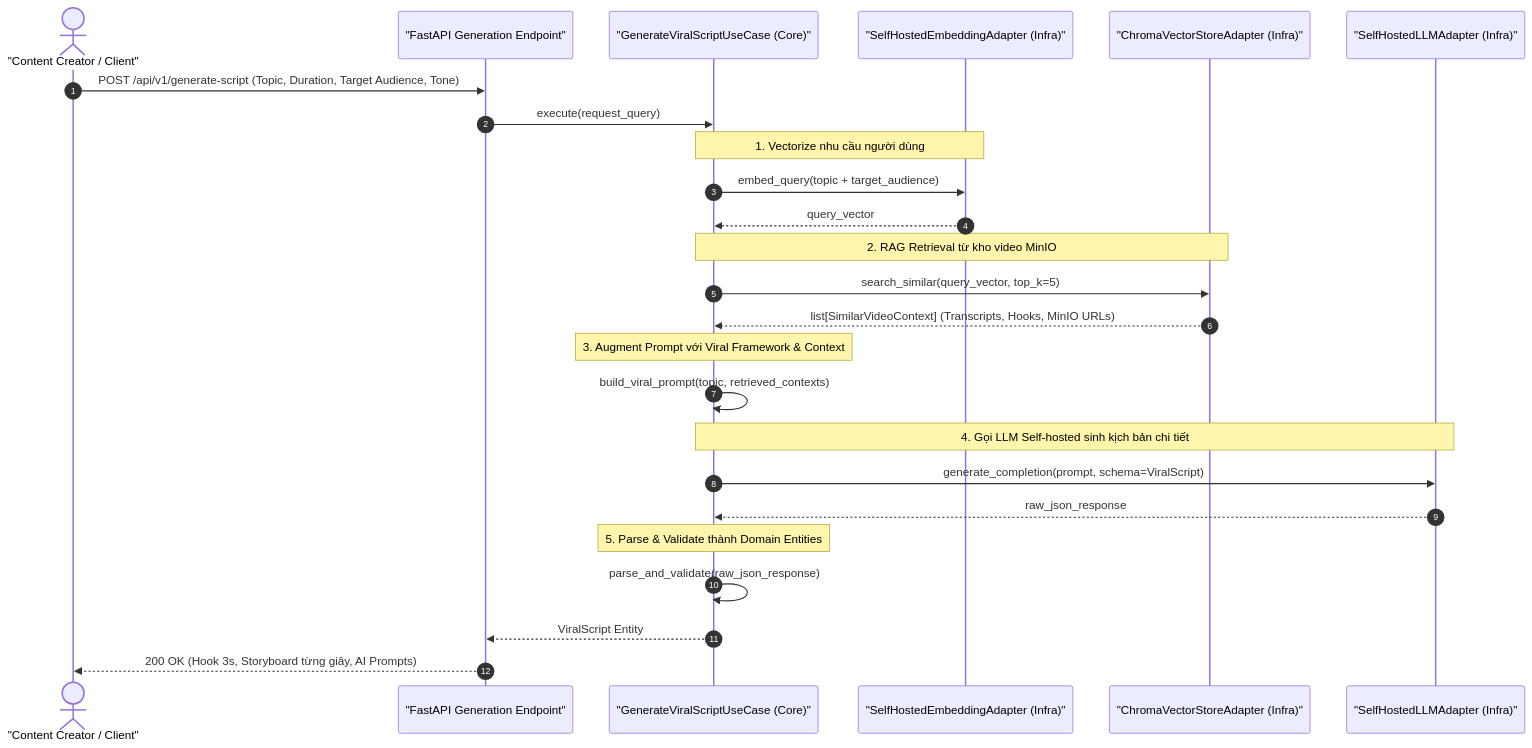
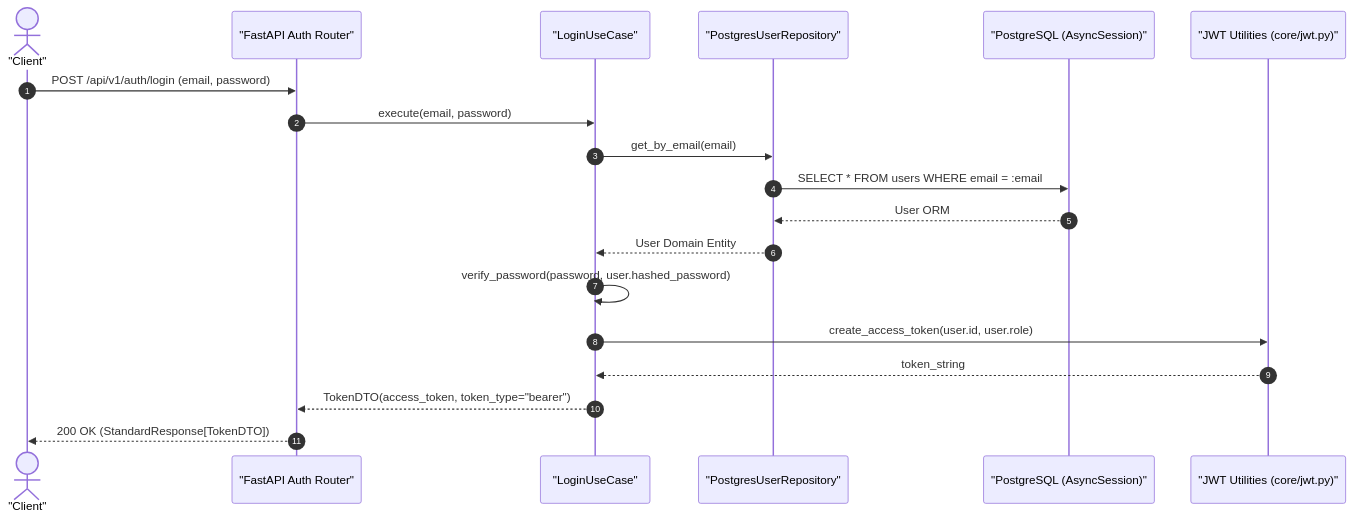
One commit to DUT-MAKER/video-rag changed the fourth of 4 diagrams in docs/system-architecture.md. Above: the diagram before and after it, drawn with Mermaid. The commit also changed other lines of this file and 6 other files, not shown here.

First line of the commit message:
docs: update Clean Architecture and system architecture documentation

````diff
--- a/docs/system-architecture.md
+++ b/docs/system-architecture.md
@@ -141,33 +237,24 @@
 ```mermaid
 sequenceDiagram
     autonumber
-    actor Creator as "Content Creator / Client"
-    participant API as "FastAPI Generation Endpoint"
-    participant UC as "GenerateViralScriptUseCase (Core)"
-    participant Embed as "SelfHostedEmbeddingAdapter (Infra)"
-    participant Chroma as "ChromaVectorStoreAdapter (Infra)"
-    participant LLM as "SelfHostedLLMAdapter (Infra)"
+    actor User as "Client"
+    participant API as "FastAPI Auth Router"
+    participant UC as "LoginUseCase"
+    participant Repo as "PostgresUserRepository"
+    participant DB as "PostgreSQL (AsyncSession)"
+    participant JWT as "JWT Utilities (core/jwt.py)"
 
-    Creator->>API: POST /api/v1/generate-script (Topic, Duration, Target Audience, Tone)
-    API->>UC: execute(request_query)
+    User->>API: POST /api/v1/auth/login (email, password)
+    API->>UC: execute(email, password)
+    UC->>Repo: get_by_email(email)
+    Repo->>DB: SELECT * FROM users WHERE email = :email
+    DB-->>Repo: User ORM
+    Repo-->>UC: User Domain Entity
     
-    Note over UC,Embed: 1. Vectorize nhu cầu người dùng
-    UC->>Embed: embed_query(topic + target_audience)
-    Embed-->>UC: query_vector
+    UC->>UC: verify_password(password, user.hashed_password)
+    UC->>JWT: create_access_token(user.id, user.role)
+    JWT-->>UC: token_string
     
-    Note over UC,Chroma: 2. RAG Retrieval từ kho video MinIO
-    UC->>Chroma: search_similar(query_vector, top_k=5)
-    Chroma-->>UC: list[SimilarVideoContext] (Transcripts, Hooks, MinIO URLs)
-    
-    Note over UC: 3. Augment Prompt với Viral Framework & Context
-    UC->>UC: build_viral_prompt(topic, retrieved_contexts)
-    
-    Note over UC,LLM: 4. Gọi LLM Self-hosted sinh kịch bản chi tiết
-    UC->>LLM: generate_completion(prompt, schema=ViralScript)
-    LLM-->>UC: raw_json_response
-    
-    Note over UC: 5. Parse & Validate thành Domain Entities
-    UC->>UC: parse_and_validate(raw_json_response)
-    UC-->>API: ViralScript Entity
-    API-->>Creator: 200 OK (Hook 3s, Storyboard từng giây, AI Prompts)
+    UC-->>API: TokenDTO(access_token, token_type="bearer")
+    API-->>User: 200 OK (StandardResponse[TokenDTO])
 ```
````
